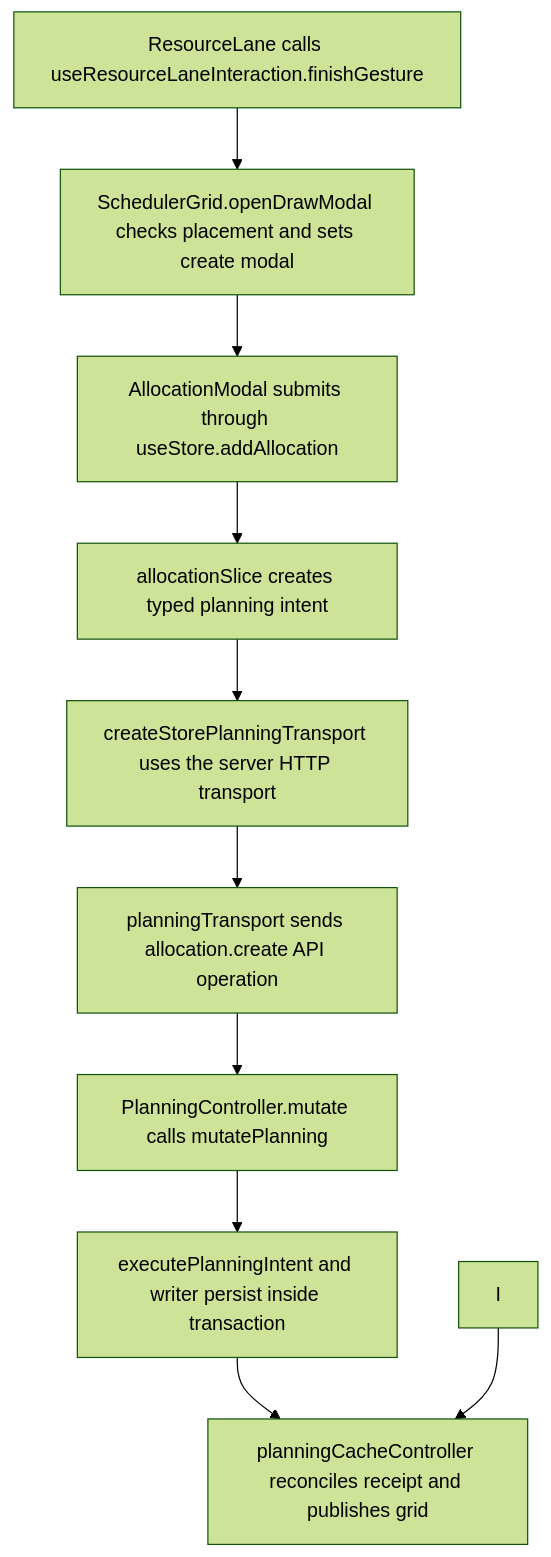
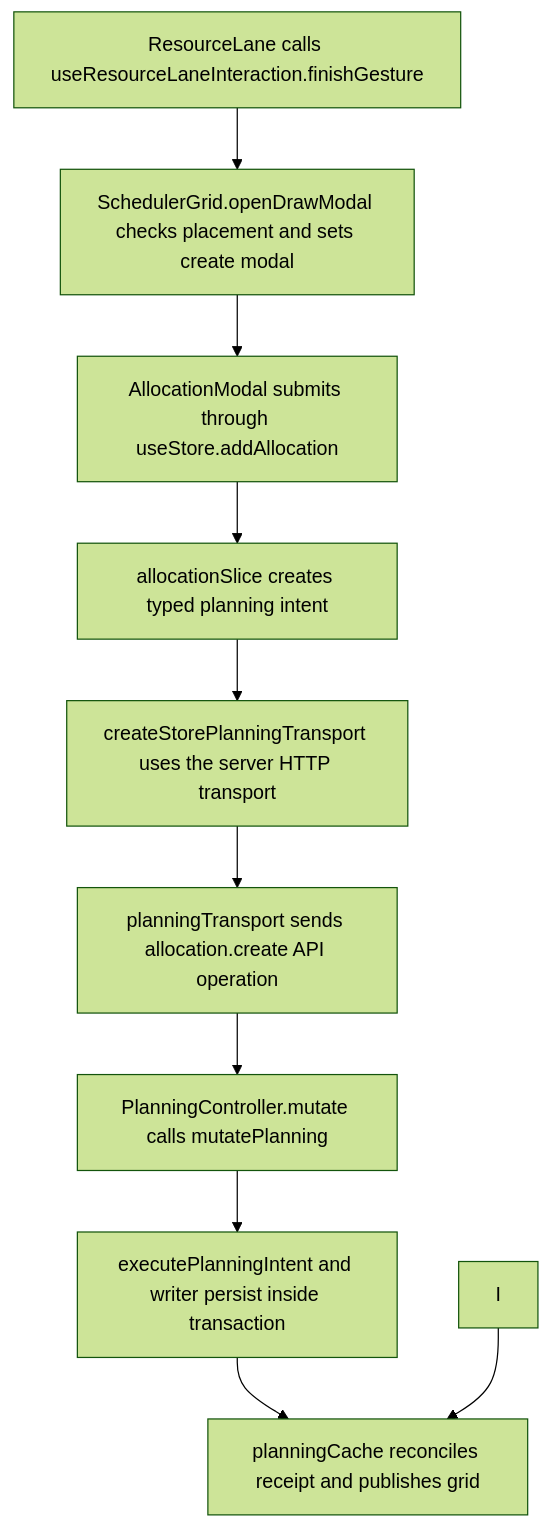
One commit to Kevinjohn/capacitylens changed the second of 2 diagrams in user-stories/scheduler/US-SCH-02-draw-allocation.md. Above: the diagram before and after it, drawn with Mermaid (forest theme). The commit also changed other lines of this file and 117 other files, not shown here.

First line of the commit message:
Planning cache: rename the planning cache controller family

````diff
--- a/user-stories/scheduler/US-SCH-02-draw-allocation.md
+++ b/user-stories/scheduler/US-SCH-02-draw-allocation.md
@@ -39,12 +39,12 @@
 ```mermaid
 flowchart TD
   A["ResourceLane calls useResourceLaneInteraction.finishGesture"] --> B["SchedulerGrid.openDrawModal checks placement and sets create modal"]
   B --> C["AllocationModal submits through useStore.addAllocation"]
   C --> D["allocationSlice creates typed planning intent"]
   D --> E["createStorePlanningTransport uses the server HTTP transport"]
   E --> F["planningTransport sends allocation.create API operation"]
   F --> G["PlanningController.mutate calls mutatePlanning"]
   G --> H["executePlanningIntent and writer persist inside transaction"]
-  H --> J["planningCacheController reconciles receipt and publishes grid"]
+  H --> J["planningCache reconciles receipt and publishes grid"]
   I --> J
 ```
````
